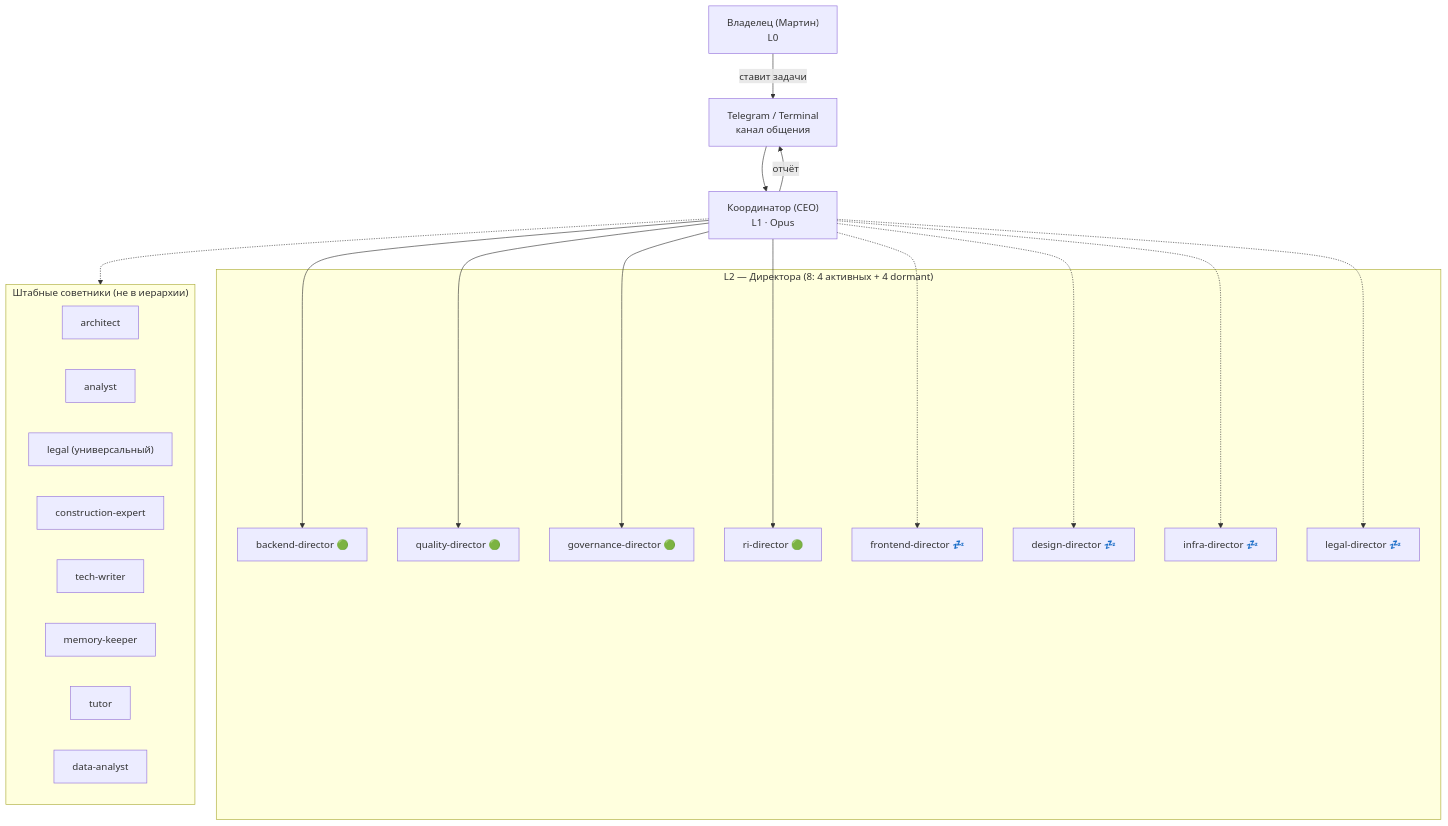
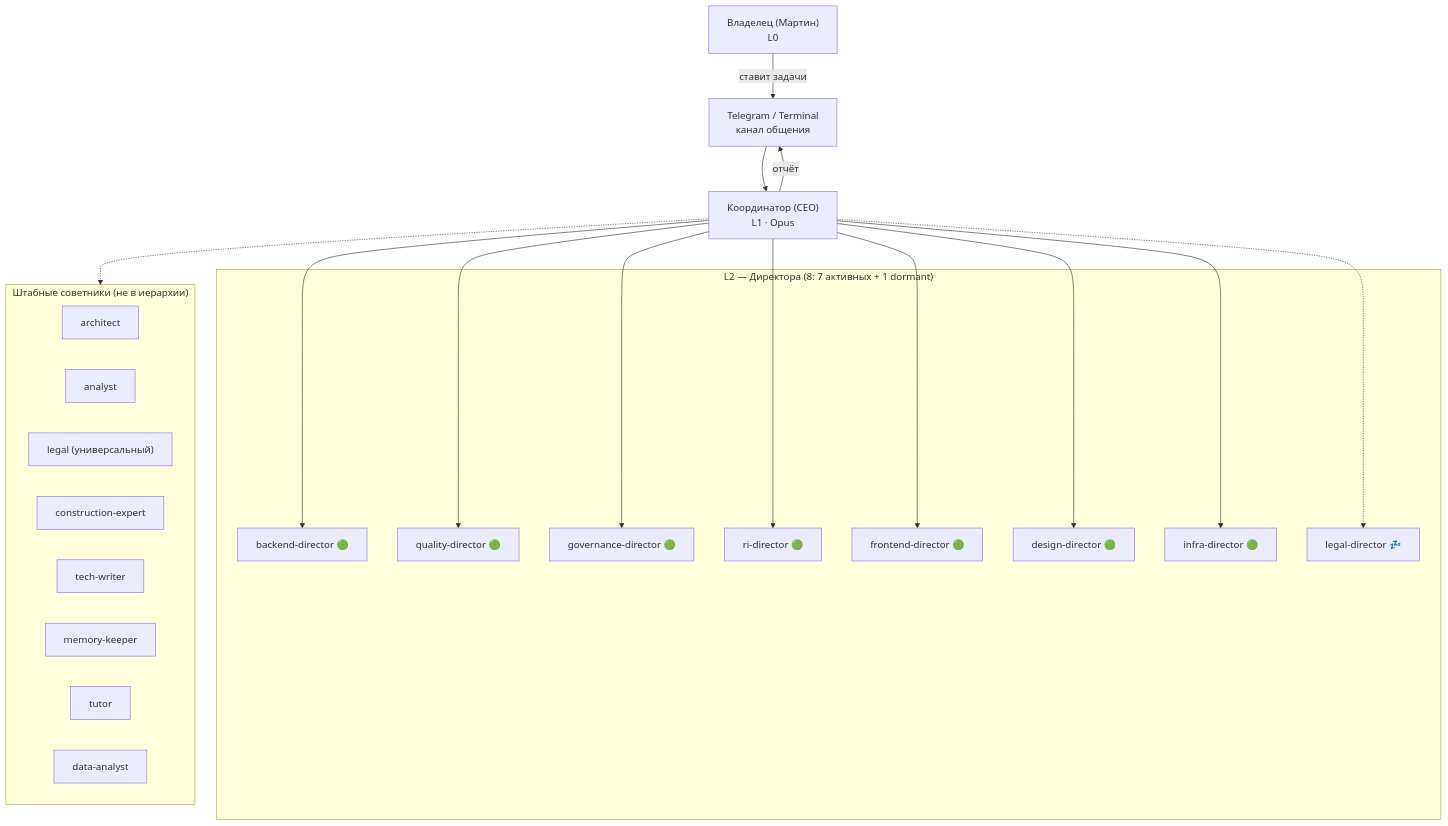
Before and after one commit to m-creator-holding/coordinata56-docs: the first of 13 diagrams in docs/agents/agents-diagrams.md, drawn with Mermaid. The commit also changed other lines of this file and 9 other files, not shown here.

Commit message:
Sync snapshot 2026-04-17b: M-OS-0 cleanup (README, ADR statuses, diagrams, routing, agents-map) + ADR 0011 Foundation

````diff
--- a/docs/agents/agents-diagrams.md
+++ b/docs/agents/agents-diagrams.md
@@ -21,43 +21,43 @@
 ```mermaid
 flowchart TB
     Owner["Владелец (Мартин)<br/>L0"]
     TG["Telegram / Terminal<br/>канал общения"]
     Coord["Координатор (CEO)<br/>L1 · Opus"]
 
     Owner -->|ставит задачи| TG
     TG --> Coord
     Coord -->|отчёт| TG
 
-    subgraph L2 ["L2 — Директора (8: 4 активных + 4 dormant)"]
+    subgraph L2 ["L2 — Директора (8: 7 активных + 1 dormant)"]
         BD["backend-director 🟢"]
         QD["quality-director 🟢"]
         GD["governance-director 🟢"]
         RD["ri-director 🟢"]
-        FD["frontend-director 💤"]
-        DsD["design-director 💤"]
-        ID["infra-director 💤"]
+        FD["frontend-director 🟢"]
+        DsD["design-director 🟢"]
+        ID["infra-director 🟢"]
         LD["legal-director 💤"]
     end
 
     Coord --> BD
     Coord --> QD
     Coord --> GD
     Coord --> RD
-    Coord -.-> FD
-    Coord -.-> DsD
-    Coord -.-> ID
+    Coord --> FD
+    Coord --> DsD
+    Coord --> ID
     Coord -.-> LD
 
     subgraph Advisors ["Штабные советники (не в иерархии)"]
         A1["architect"]
         A2["analyst"]
         A3["legal (универсальный)"]
         A4["construction-expert"]
         A5["tech-writer"]
         A6["memory-keeper"]
         A7["tutor"]
         A8["data-analyst"]
     end
 
     Coord -.-> Advisors
 ```
````
